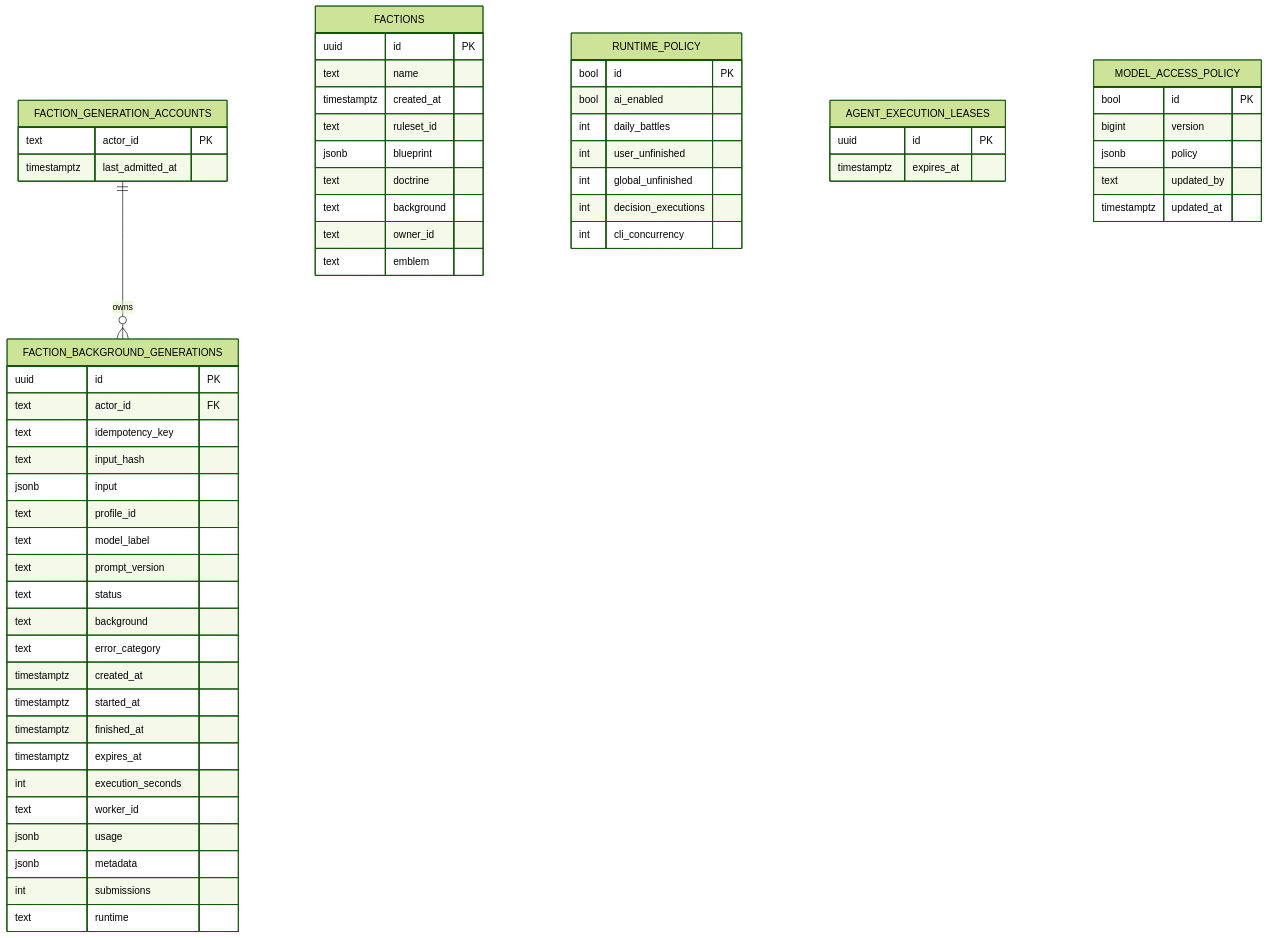
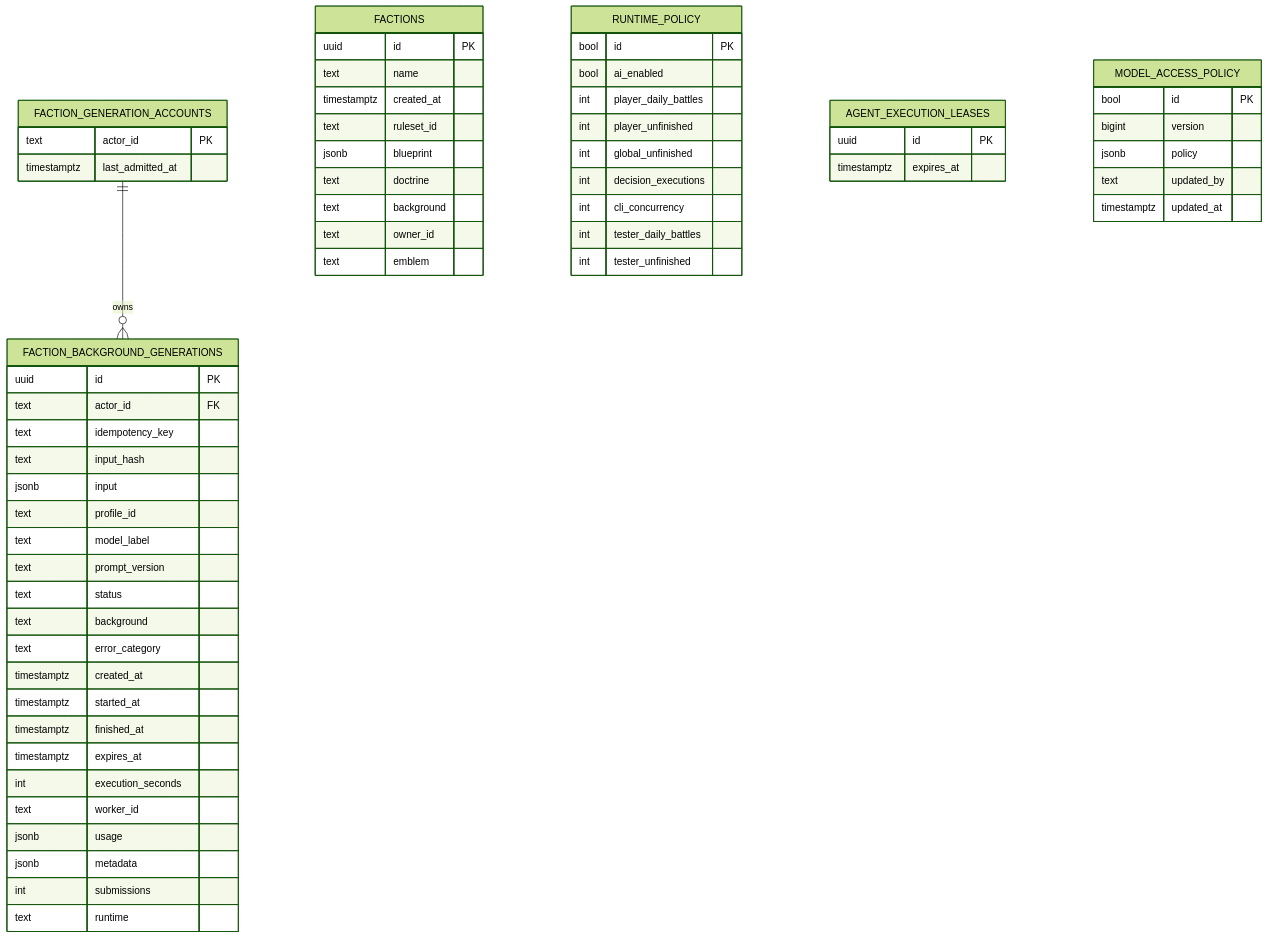
One commit to twhAuto/autonomous_battlefield changed the third of 4 diagrams in docs/architecture/database.md. Above: the diagram before and after it, drawn with Mermaid (forest theme). The commit also changed other lines of this file and 8 other files, not shown here.

````diff
--- a/docs/architecture/database.md
+++ b/docs/architecture/database.md
@@ -227,62 +228,64 @@
 ```mermaid
 erDiagram
     FACTION_GENERATION_ACCOUNTS ||--o{ FACTION_BACKGROUND_GENERATIONS : "owns"
     FACTIONS {
         uuid id PK
         text name
         timestamptz created_at
         text ruleset_id
         jsonb blueprint
         text doctrine
         text background
         text owner_id
         text emblem
     }
     FACTION_GENERATION_ACCOUNTS {
         text actor_id PK
         timestamptz last_admitted_at
     }
     FACTION_BACKGROUND_GENERATIONS {
         uuid id PK
         text actor_id FK
         text idempotency_key
         text input_hash
         jsonb input
         text profile_id
         text model_label
         text prompt_version
         text status
         text background
         text error_category
         timestamptz created_at
         timestamptz started_at
         timestamptz finished_at
         timestamptz expires_at
         int execution_seconds
         text worker_id
         jsonb usage
         jsonb metadata
         int submissions
         text runtime
     }
     RUNTIME_POLICY {
         bool id PK
         bool ai_enabled
-        int daily_battles
-        int user_unfinished
+        int player_daily_battles
+        int player_unfinished
         int global_unfinished
         int decision_executions
         int cli_concurrency
+        int tester_daily_battles
+        int tester_unfinished
     }
     AGENT_EXECUTION_LEASES {
         uuid id PK
         timestamptz expires_at
     }
     MODEL_ACCESS_POLICY {
         bool id PK
         bigint version
         jsonb policy
         text updated_by
         timestamptz updated_at
     }
 ```
````
